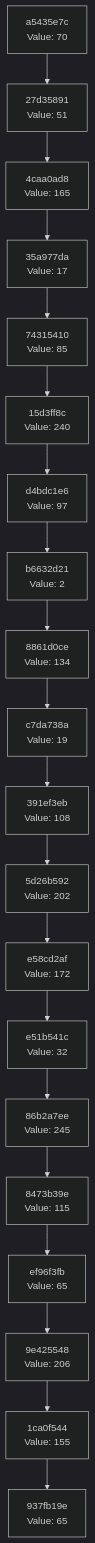
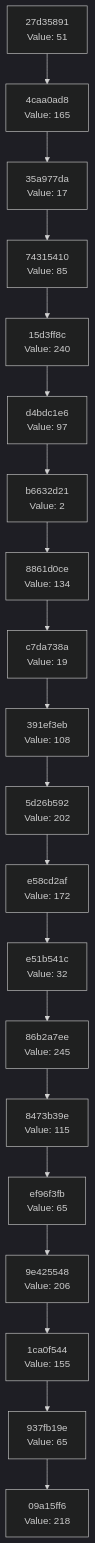
Before and after one commit to Abhisheksinha1506/hash-chain-evolver: the diagram in docs/CHAIN_VISUALIZATION.md, drawn with Mermaid (dark theme). The commit also changed 3 other files, not shown here.

````diff
--- a/docs/CHAIN_VISUALIZATION.md
+++ b/docs/CHAIN_VISUALIZATION.md
@@ -3,42 +3,42 @@
 ```mermaid
 graph TD
-    C0["937fb19e<br/>Value: 65"]
-    C1["1ca0f544<br/>Value: 155"]
+    C0["09a15ff6<br/>Value: 218"]
+    C1["937fb19e<br/>Value: 65"]
     C1 --> C0
-    C2["9e425548<br/>Value: 206"]
+    C2["1ca0f544<br/>Value: 155"]
     C2 --> C1
-    C3["ef96f3fb<br/>Value: 65"]
+    C3["9e425548<br/>Value: 206"]
     C3 --> C2
-    C4["8473b39e<br/>Value: 115"]
+    C4["ef96f3fb<br/>Value: 65"]
     C4 --> C3
-    C5["86b2a7ee<br/>Value: 245"]
+    C5["8473b39e<br/>Value: 115"]
     C5 --> C4
-    C6["e51b541c<br/>Value: 32"]
+    C6["86b2a7ee<br/>Value: 245"]
     C6 --> C5
-    C7["e58cd2af<br/>Value: 172"]
+    C7["e51b541c<br/>Value: 32"]
     C7 --> C6
-    C8["5d26b592<br/>Value: 202"]
+    C8["e58cd2af<br/>Value: 172"]
     C8 --> C7
-    C9["391ef3eb<br/>Value: 108"]
+    C9["5d26b592<br/>Value: 202"]
     C9 --> C8
-    C10["c7da738a<br/>Value: 19"]
+    C10["391ef3eb<br/>Value: 108"]
     C10 --> C9
-    C11["8861d0ce<br/>Value: 134"]
+    C11["c7da738a<br/>Value: 19"]
     C11 --> C10
-    C12["b6632d21<br/>Value: 2"]
+    C12["8861d0ce<br/>Value: 134"]
     C12 --> C11
-    C13["d4bdc1e6<br/>Value: 97"]
+    C13["b6632d21<br/>Value: 2"]
     C13 --> C12
-    C14["15d3ff8c<br/>Value: 240"]
+    C14["d4bdc1e6<br/>Value: 97"]
     C14 --> C13
-    C15["74315410<br/>Value: 85"]
+    C15["15d3ff8c<br/>Value: 240"]
     C15 --> C14
-    C16["35a977da<br/>Value: 17"]
+    C16["74315410<br/>Value: 85"]
     C16 --> C15
-    C17["4caa0ad8<br/>Value: 165"]
+    C17["35a977da<br/>Value: 17"]
     C17 --> C16
-    C18["27d35891<br/>Value: 51"]
+    C18["4caa0ad8<br/>Value: 165"]
     C18 --> C17
-    C19["a5435e7c<br/>Value: 70"]
+    C19["27d35891<br/>Value: 51"]
     C19 --> C18
 ```
````
